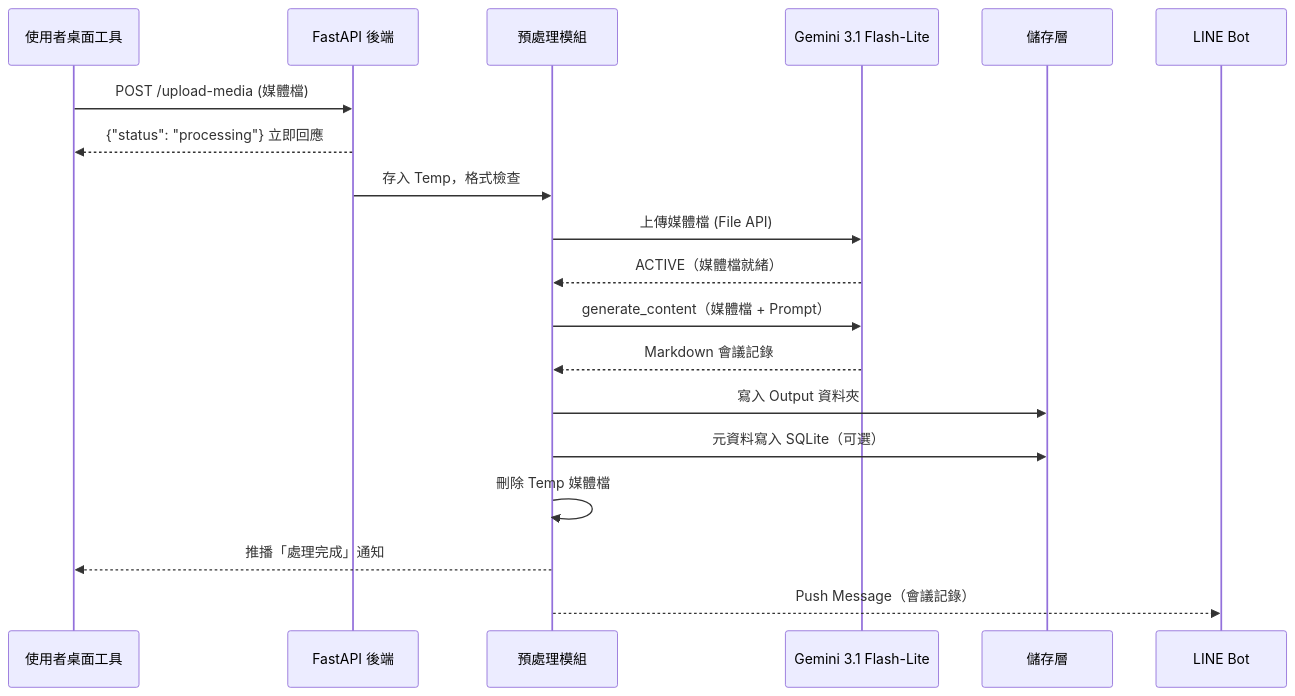
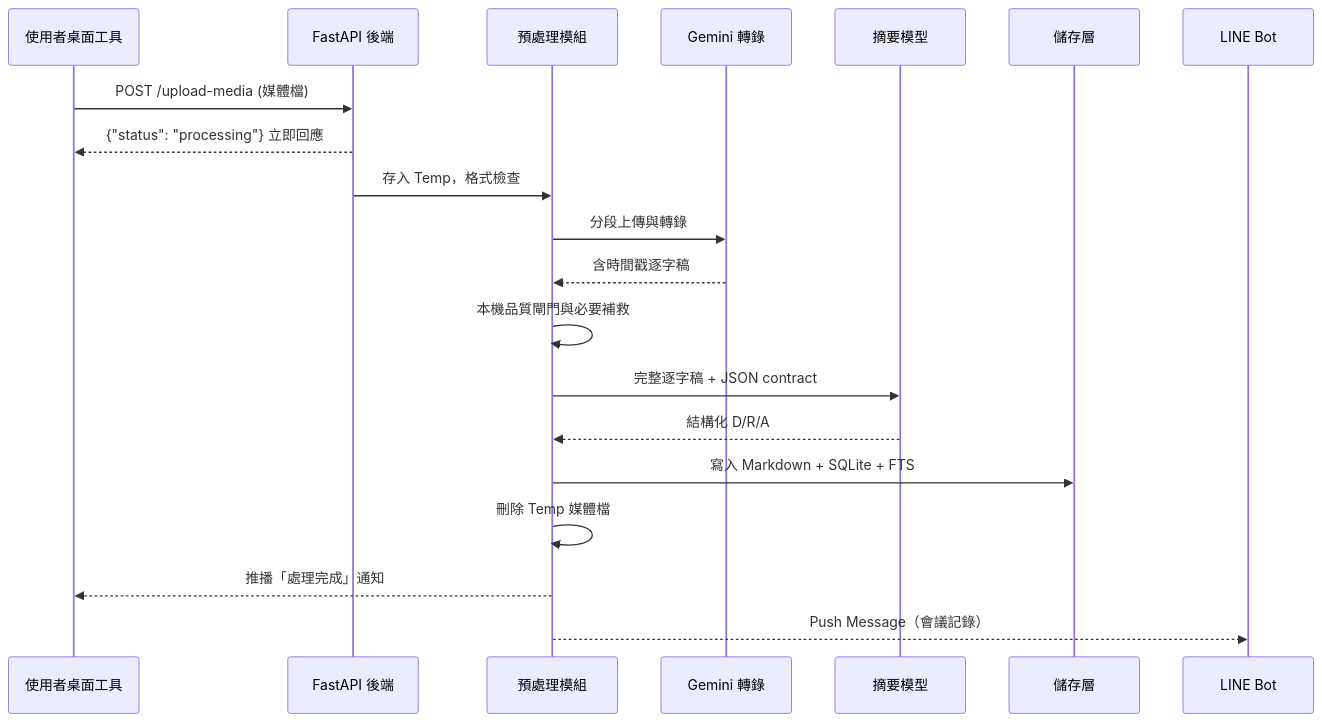
One commit to balboku/meeting_assistant changed the second of 2 diagrams in ARCHITECTURE.md. Above: the diagram before and after it, drawn with Mermaid. The commit also changed other lines of this file and 11 other files, not shown here.

````diff
--- a/ARCHITECTURE.md
+++ b/ARCHITECTURE.md
@@ -147,22 +162,23 @@
 ```mermaid
 sequenceDiagram
     participant U as 使用者桌面工具
     participant API as FastAPI 後端
     participant PROC as 預處理模組
-    participant AI as Gemini 3.1 Flash-Lite
+    participant TX as Gemini 轉錄
+    participant SUM as 摘要模型
     participant DB as 儲存層
     participant LINE as LINE Bot
 
     U->>API: POST /upload-media (媒體檔)
     API-->>U: {"status": "processing"} 立即回應
     API->>PROC: 存入 Temp，格式檢查
-    PROC->>AI: 上傳媒體檔 (File API)
-    AI-->>PROC: ACTIVE（媒體檔就緒）
-    PROC->>AI: generate_content（媒體檔 + Prompt）
-    AI-->>PROC: Markdown 會議記錄
-    PROC->>DB: 寫入 Output 資料夾
-    PROC->>DB: 元資料寫入 SQLite（可選）
+    PROC->>TX: 分段上傳與轉錄
+    TX-->>PROC: 含時間戳逐字稿
+    PROC->>PROC: 本機品質閘門與必要補救
+    PROC->>SUM: 完整逐字稿 + JSON contract
+    SUM-->>PROC: 結構化 D/R/A
+    PROC->>DB: 寫入 Markdown + SQLite + FTS
     PROC->>PROC: 刪除 Temp 媒體檔
     PROC-->>U: 推播「處理完成」通知
     PROC-->>LINE: Push Message（會議記錄）
 ```
````
